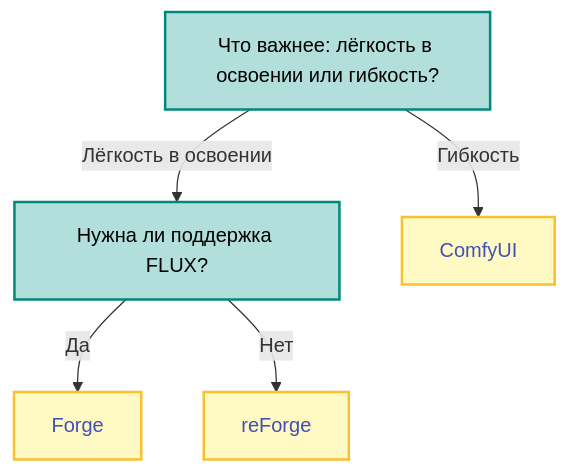
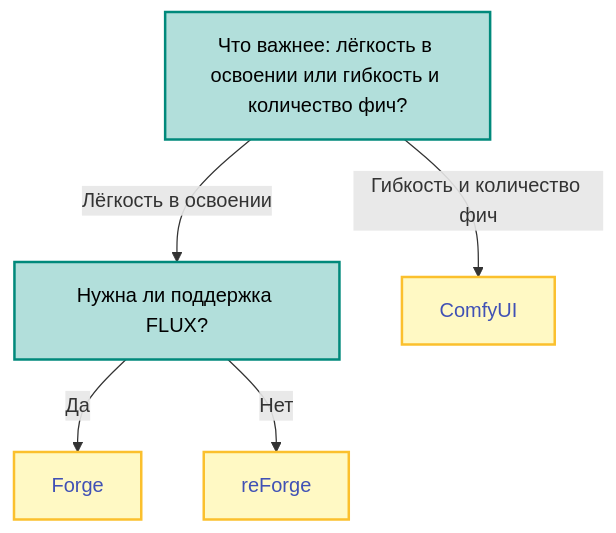
One commit to 2ch-ai/wiki changed the first of 2 diagrams in docs/nai/interfaces.md. Above: the diagram before and after it, drawn with Mermaid. The commit also changed other lines of this file, not shown here.

````diff
--- a/docs/nai/interfaces.md
+++ b/docs/nai/interfaces.md
@@ -9,25 +9,25 @@
 ```mermaid
 flowchart TD
 
 %% Nodes
-Q1["Что важнее: лёгкость в освоении или гибкость?"]:::question
+Q1["Что важнее: лёгкость в освоении или гибкость и количество фич?"]:::question
 Q2["Нужна ли поддержка FLUX?"]:::question
 ComfyUI["ComfyUI"]:::answer
 Forge["Forge"]:::answer
 reForge["reForge"]:::answer
 
 %% Flow
-Q1 -- "Гибкость" --> ComfyUI
+Q1 -- "Гибкость и количество фич" --> ComfyUI
 Q1 -- "Лёгкость в освоении" --> Q2
 Q2 -- "Да" --> Forge
 Q2 -- "Нет" --> reForge
 
 %% Styling
 classDef question fill:#B2DFDB,stroke:#00897B,stroke-width:2px,color:black;
 classDef answer fill:#FFF9C4,stroke:#FBC02D,stroke-width:2px,color:#4051b5;
 
 %% Clickable links
 click ComfyUI "https://github.com/comfyanonymous/ComfyUI"
 click Forge "https://github.com/lllyasviel/stable-diffusion-webui-forge"
 click reForge "https://github.com/Panchovix/stable-diffusion-webui-reForge"
 ```
````
